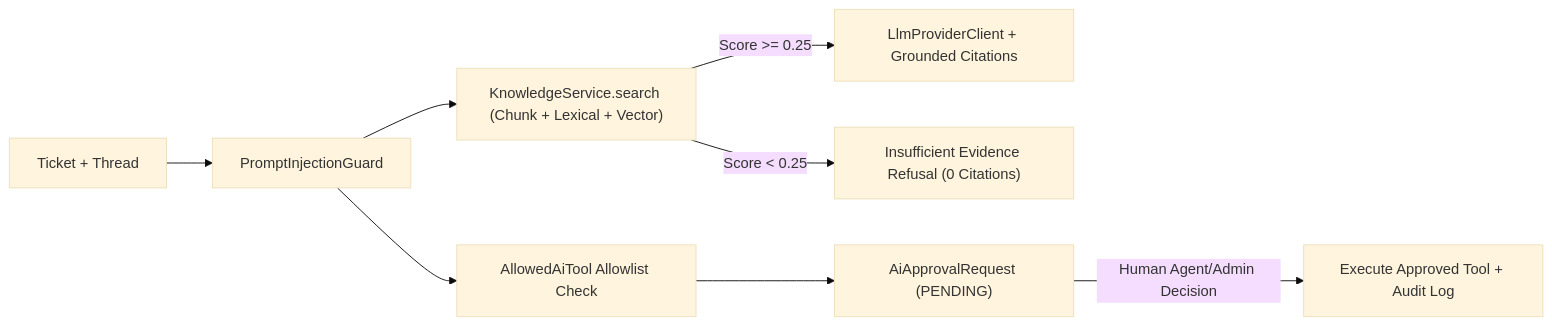
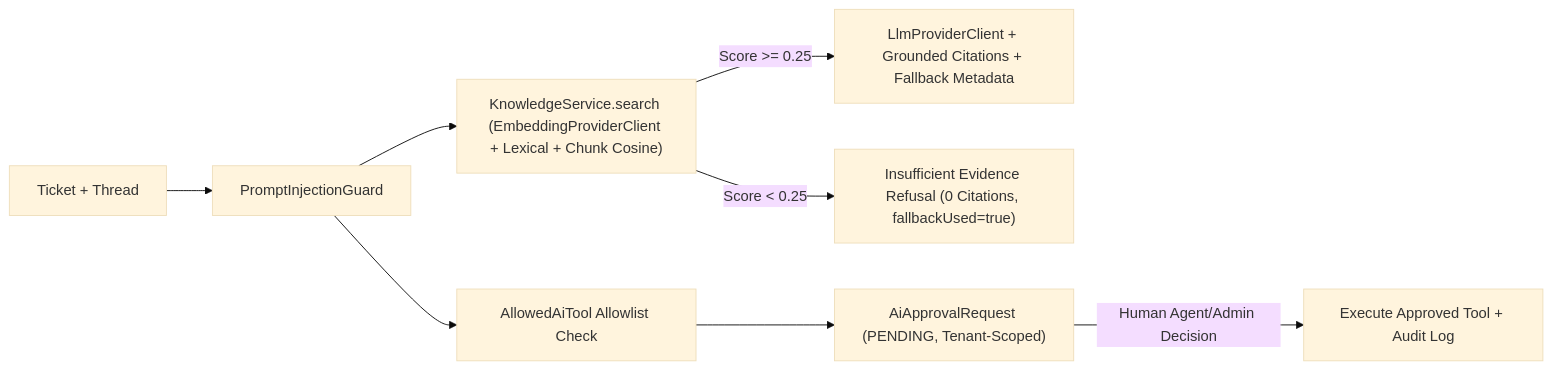
One commit to ashiksp1994/SupportFlow-AI changed the diagram in docs/audit/AI_AUDIT.md. Above: the diagram before and after it, drawn with Mermaid (base theme). The commit also changed other lines of this file and 28 other files, not shown here.

Commit message:
fix(security,ai): enforce strict JWT issuer, fail-closed RBAC, tenant-scoped analytics, prod seed guard, and AI fallback transparency

````diff
--- a/docs/audit/AI_AUDIT.md
+++ b/docs/audit/AI_AUDIT.md
@@ -11,10 +11,10 @@
 ```mermaid
 flowchart LR
     Ticket["Ticket + Thread"] --> Guard["PromptInjectionGuard"]
-    Guard --> KB["KnowledgeService.search (Chunk + Lexical + Vector)"]
-    KB -->|Score >= 0.25| Cited["LlmProviderClient + Grounded Citations"]
-    KB -->|Score < 0.25| Refusal["Insufficient Evidence Refusal (0 Citations)"]
+    Guard --> KB["KnowledgeService.search (EmbeddingProviderClient + Lexical + Chunk Cosine)"]
+    KB -->|Score >= 0.25| Cited["LlmProviderClient + Grounded Citations + Fallback Metadata"]
+    KB -->|Score < 0.25| Refusal["Insufficient Evidence Refusal (0 Citations, fallbackUsed=true)"]
     Guard --> ToolProp["AllowedAiTool Allowlist Check"]
-    ToolProp --> Pending["AiApprovalRequest (PENDING)"]
+    ToolProp --> Pending["AiApprovalRequest (PENDING, Tenant-Scoped)"]
     Pending -->|Human Agent/Admin Decision| Exec["Execute Approved Tool + Audit Log"]
 ```
````
